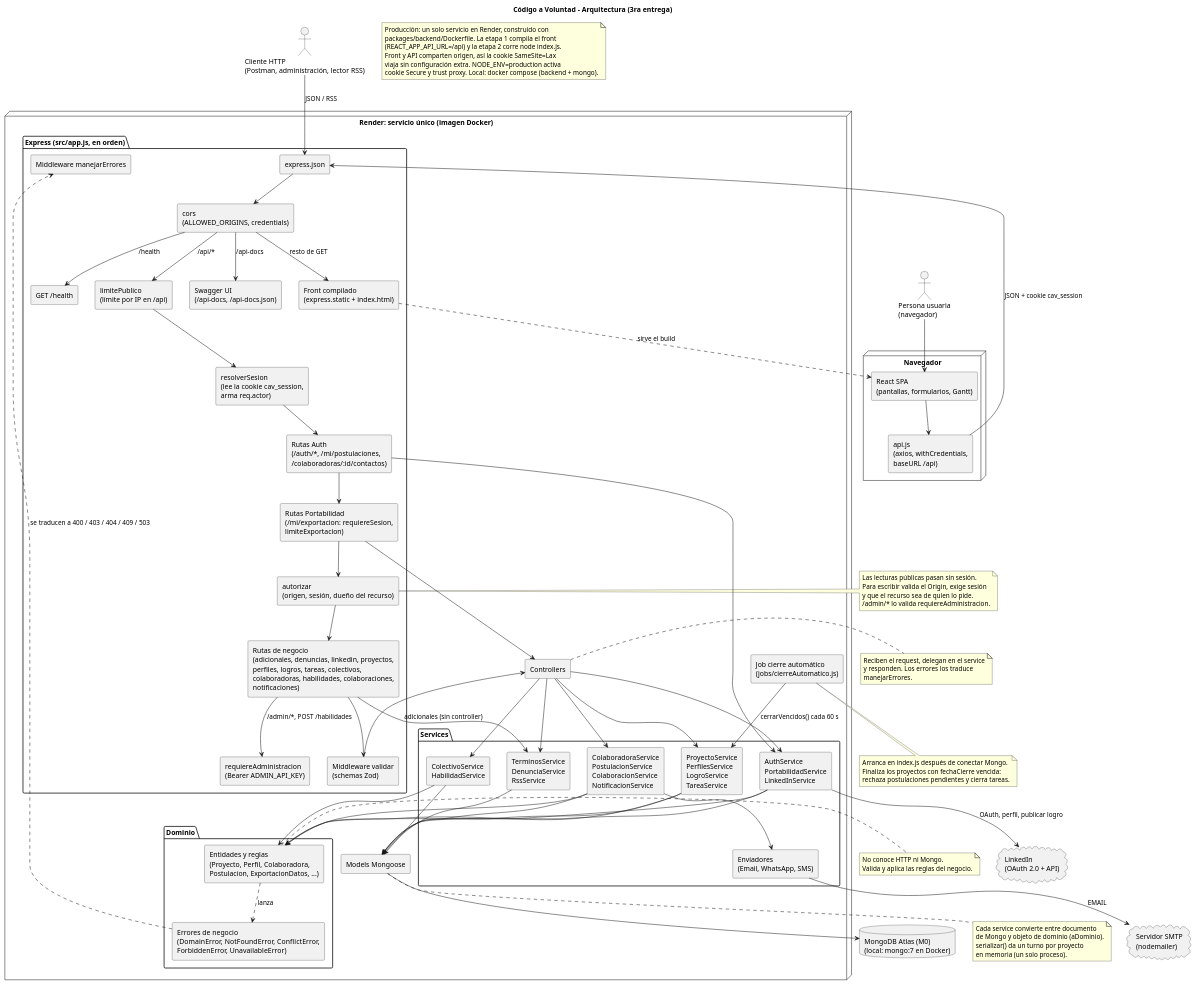
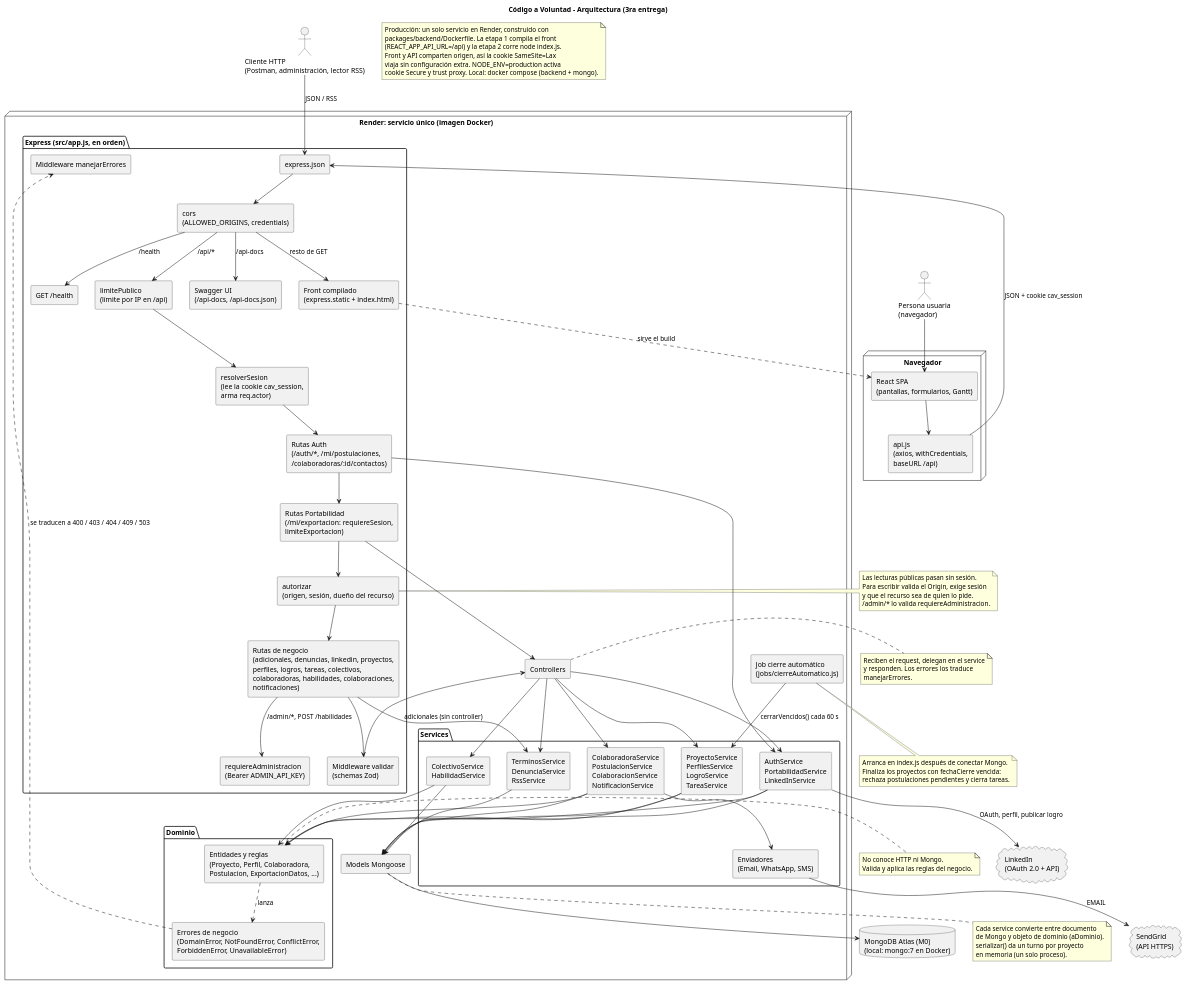
The diagram in packages/diagrama-de-clases/Arquitectura.puml (chernandezgreco/TP-DDS-2C-Grupo3), drawn with PlantUML before and after one commit. The commit also changed 9 other files, not shown here.

Commit message:
mando el mail por la api de sendgrid en vez de smtp para que ande en render

```diff
--- a/packages/diagrama-de-clases/Arquitectura.puml
+++ b/packages/diagrama-de-clases/Arquitectura.puml
@@ -1,141 +1,141 @@
 @startuml
 ' Arquitectura en capas y flujo de un pedido - 3ra entrega
 ' Refleja packages/backend/src/app.js, index.js, jobs/ y DEPLOY.md
 title Código a Voluntad - Arquitectura (3ra entrega)
 
 skinparam componentStyle rectangle
 
 actor "Persona usuaria\n(navegador)" as usuario
 actor "Cliente HTTP\n(Postman, administración, lector RSS)" as cliente
 
 node "Navegador" {
     [React SPA\n(pantallas, formularios, Gantt)] as spa
     [api.js\n(axios, withCredentials,\nbaseURL /api)] as axios
 }
 
 node "Render: servicio único (imagen Docker)" as render {
     package "Express (src/app.js, en orden)" {
         [express.json] as mwJson
         [cors\n(ALLOWED_ORIGINS, credentials)] as mwCors
         [GET /health] as health
         [limitePublico\n(límite por IP en /api)] as mwLimite
         [resolverSesion\n(lee la cookie cav_session,\narma req.actor)] as mwSesion
         [Rutas Auth\n(/auth/*, /mi/postulaciones,\n/colaboradoras/:id/contactos)] as rAuth
         [Rutas Portabilidad\n(/mi/exportacion: requiereSesion,\nlimiteExportacion)] as rPortabilidad
         [autorizar\n(origen, sesión, dueño del recurso)] as mwAutorizar
         [Rutas de negocio\n(adicionales, denuncias, linkedin, proyectos,\nperfiles, logros, tareas, colectivos,\ncolaboradoras, habilidades, colaboraciones,\nnotificaciones)] as rutas
         [Middleware validar\n(schemas Zod)] as validar
         [requiereAdministracion\n(Bearer ADMIN_API_KEY)] as admin
         [Swagger UI\n(/api-docs, /api-docs.json)] as swagger
         [Front compilado\n(express.static + index.html)] as estatico
         [Middleware manejarErrores] as errores
     }
 
     [Controllers] as controllers
 
     package "Services" {
         [ProyectoService\nPerfilesService\nLogroService\nTareaService] as svcProyectos
         [ColaboradoraService\nPostulacionService\nColaboracionService\nNotificacionService] as svcPersonas
         [ColectivoService\nHabilidadService] as svcCatalogo
         [AuthService\nPortabilidadService\nLinkedInService] as svcCuentas
         [TerminosService\nDenunciaService\nRssService] as svcAdicionales
         [Enviadores\n(Email, WhatsApp, SMS)] as enviadores
     }
 
     package "Dominio" {
         [Entidades y reglas\n(Proyecto, Perfil, Colaboradora,\nPostulacion, ExportacionDatos, ...)] as dominio
         [Errores de negocio\n(DomainError, NotFoundError, ConflictError,\nForbiddenError, UnavailableError)] as erroresDominio
     }
 
     [Models Mongoose] as models
     [Job cierre automático\n(jobs/cierreAutomatico.js)] as job
 }
 
 database "MongoDB Atlas (M0)\n(local: mongo:7 en Docker)" as mongo
-cloud "Servidor SMTP\n(nodemailer)" as smtp
+cloud "SendGrid\n(API HTTPS)" as smtp
 cloud "LinkedIn\n(OAuth 2.0 + API)" as linkedin
 
 usuario --> spa
 spa --> axios
 axios --> mwJson : JSON + cookie cav_session
 cliente --> mwJson : JSON / RSS
 mwJson --> mwCors
 mwCors --> health : /health
 mwCors --> mwLimite : /api/*
 mwLimite --> mwSesion
 mwSesion --> rAuth
 rAuth --> rPortabilidad
 rPortabilidad --> mwAutorizar
 mwAutorizar --> rutas
 rutas --> validar
 rutas --> admin : /admin/*, POST /habilidades
 validar --> controllers
 rPortabilidad --> controllers
 rAuth --> svcCuentas
 rutas --> svcAdicionales : adicionales (sin controller)
 mwCors --> swagger : /api-docs
 mwCors --> estatico : resto de GET
 estatico ..> spa : sirve el build
 controllers --> svcProyectos
 controllers --> svcPersonas
 controllers --> svcCatalogo
 controllers --> svcCuentas
 controllers --> svcAdicionales
 svcProyectos --> dominio
 svcPersonas --> dominio
 svcCatalogo --> dominio
 svcCuentas --> dominio
 svcPersonas --> enviadores
 enviadores --> smtp : EMAIL
 svcCuentas --> linkedin : OAuth, perfil, publicar logro
 svcProyectos --> models
 svcPersonas --> models
 svcCatalogo --> models
 svcCuentas --> models
 svcAdicionales --> models
 models --> mongo
 job --> svcProyectos : cerrarVencidos() cada 60 s
 dominio ..> erroresDominio : lanza
 erroresDominio ..> errores : se traducen a 400 / 403 / 404 / 409 / 503
 
 note right of mwAutorizar
   Las lecturas públicas pasan sin sesión.
   Para escribir valida el Origin, exige sesión
   y que el recurso sea de quien lo pide.
   /admin/* lo valida requiereAdministracion.
 end note
 
 note right of controllers
   Reciben el request, delegan en el service
   y responden. Los errores los traduce
   manejarErrores.
 end note
 
 note right of dominio
   No conoce HTTP ni Mongo.
   Valida y aplica las reglas del negocio.
 end note
 
 note bottom of models
   Cada service convierte entre documento
   de Mongo y objeto de dominio (aDominio).
   serializar() da un turno por proyecto
   en memoria (un solo proceso).
 end note
 
 note bottom of job
   Arranca en index.js después de conectar Mongo.
   Finaliza los proyectos con fechaCierre vencida:
   rechaza postulaciones pendientes y cierra tareas.
 end note
 
 note as NotaDeploy
   Producción: un solo servicio en Render, construido con
   packages/backend/Dockerfile. La etapa 1 compila el front
   (REACT_APP_API_URL=/api) y la etapa 2 corre node index.js.
   Front y API comparten origen, así la cookie SameSite=Lax
   viaja sin configuración extra. NODE_ENV=production activa
   cookie Secure y trust proxy. Local: docker compose (backend + mongo).
 end note
 
 @enduml
```
